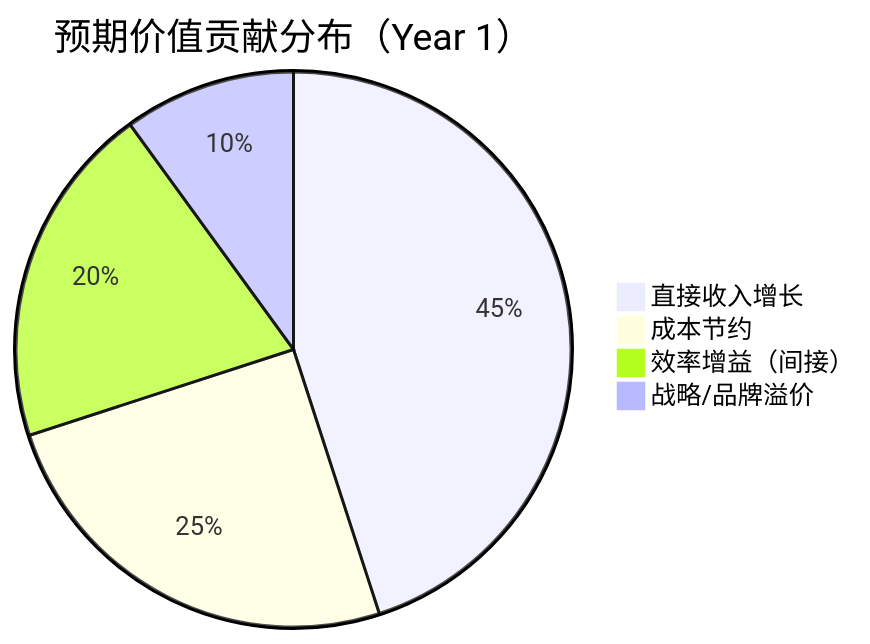
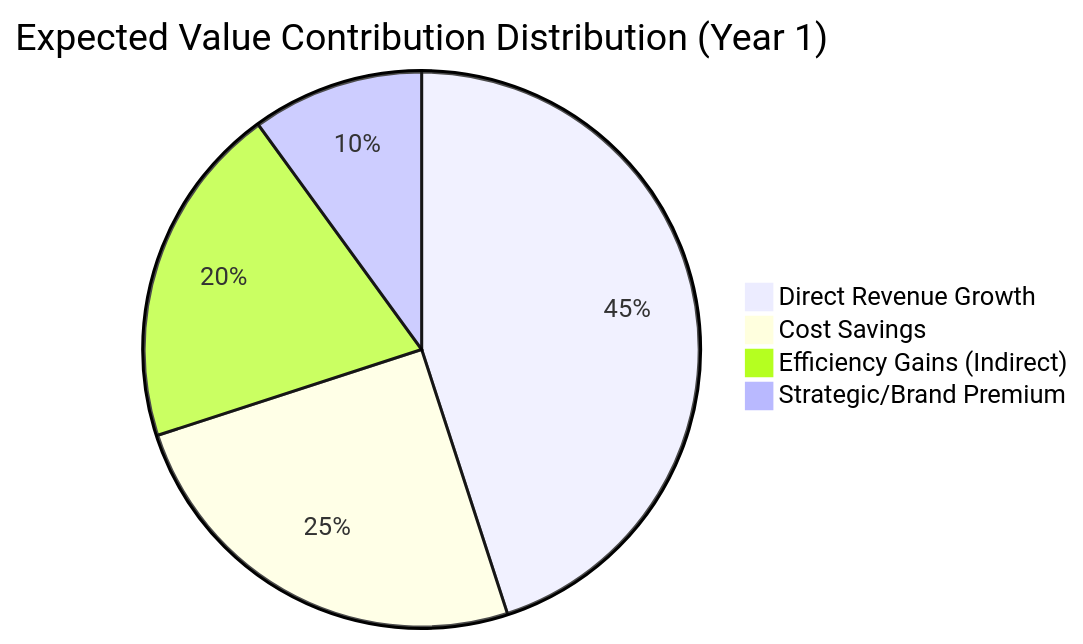
One commit to Kirky-X/cangjie changed the second of 9 diagrams in templates/产品/战略层/【模板】商业需求文档.md. Above: the diagram before and after it, drawn with Mermaid. The commit also changed other lines of this file and 60 other files, not shown here.

````diff
--- a/templates/产品/战略层/【模板】商业需求文档.md
+++ b/templates/产品/战略层/【模板】商业需求文档.md
@@ -142,7 +130,7 @@
 ```mermaid
-pie title 预期价值贡献分布（Year 1）
-    "直接收入增长" : 45
-    "成本节约" : 25
-    "效率增益（间接）" : 20
-    "战略/品牌溢价" : 10
+pie title Expected Value Contribution Distribution (Year 1)
+    "Direct Revenue Growth" : 45
+    "Cost Savings" : 25
+    "Efficiency Gains (Indirect)" : 20
+    "Strategic/Brand Premium" : 10
 ```
````
